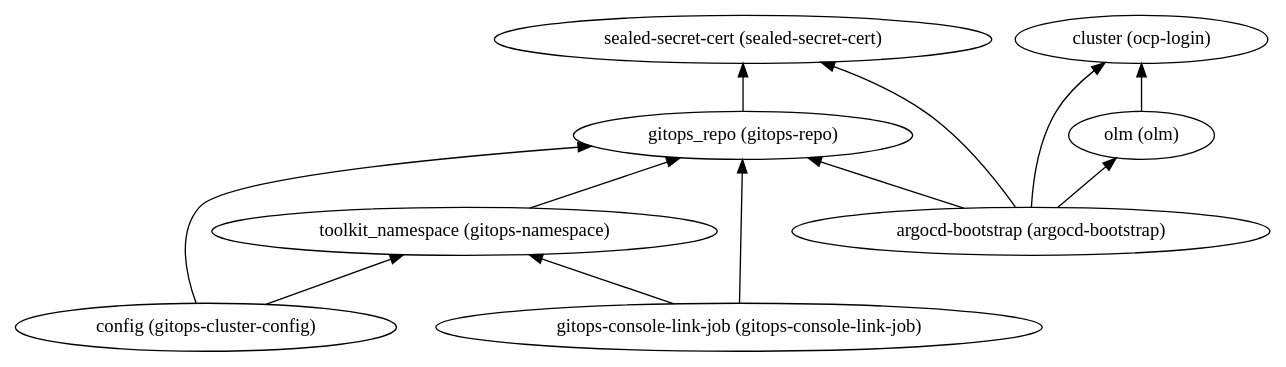
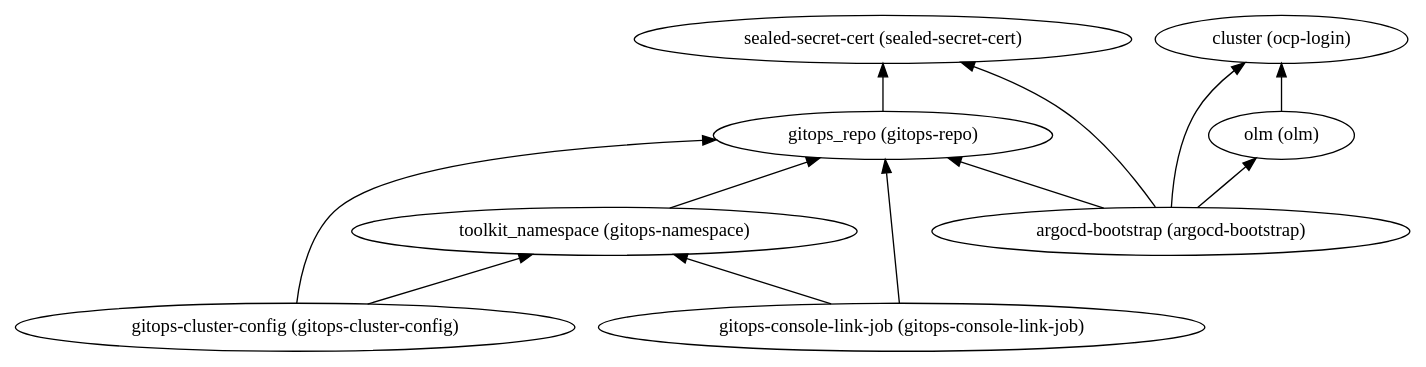
One commit to IBM/automation-aws-infra-openshift changed the diagram in 1-quickstart/200-aws-openshift-gitops/dependencies.dot. Above: the diagram before and after it, drawn with Graphviz. The commit also changed 21 other files, not shown here.

```diff
--- a/1-quickstart/200-aws-openshift-gitops/dependencies.dot
+++ b/1-quickstart/200-aws-openshift-gitops/dependencies.dot
@@ -1,22 +1,22 @@
 digraph {
     rankdir="BT"
     "gitops_repo (gitops-repo)" -> "sealed-secret-cert (sealed-secret-cert)"
 "gitops_repo (gitops-repo)"
 "sealed-secret-cert (sealed-secret-cert)"
 "argocd-bootstrap (argocd-bootstrap)" -> "cluster (ocp-login)"
 "argocd-bootstrap (argocd-bootstrap)" -> "olm (olm)"
 "argocd-bootstrap (argocd-bootstrap)" -> "gitops_repo (gitops-repo)"
 "argocd-bootstrap (argocd-bootstrap)" -> "sealed-secret-cert (sealed-secret-cert)"
 "argocd-bootstrap (argocd-bootstrap)"
 "cluster (ocp-login)"
 "olm (olm)" -> "cluster (ocp-login)"
 "olm (olm)"
-"config (gitops-cluster-config)" -> "gitops_repo (gitops-repo)"
-"config (gitops-cluster-config)" -> "toolkit_namespace (gitops-namespace)"
-"config (gitops-cluster-config)"
+"gitops-cluster-config (gitops-cluster-config)" -> "gitops_repo (gitops-repo)"
+"gitops-cluster-config (gitops-cluster-config)" -> "toolkit_namespace (gitops-namespace)"
+"gitops-cluster-config (gitops-cluster-config)"
 "toolkit_namespace (gitops-namespace)" -> "gitops_repo (gitops-repo)"
 "toolkit_namespace (gitops-namespace)"
 "gitops-console-link-job (gitops-console-link-job)" -> "gitops_repo (gitops-repo)"
 "gitops-console-link-job (gitops-console-link-job)" -> "toolkit_namespace (gitops-namespace)"
 "gitops-console-link-job (gitops-console-link-job)"
   }
```
